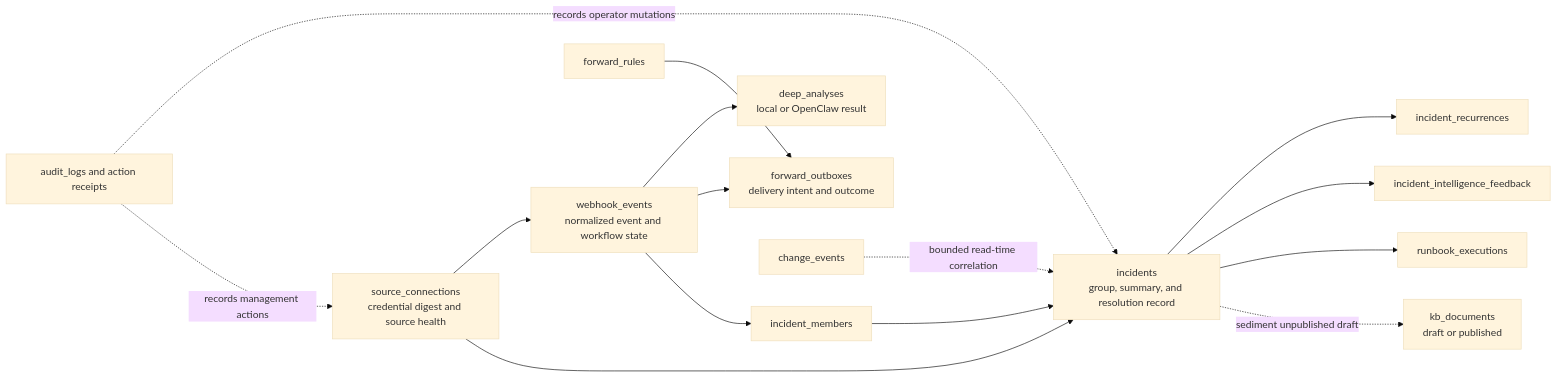
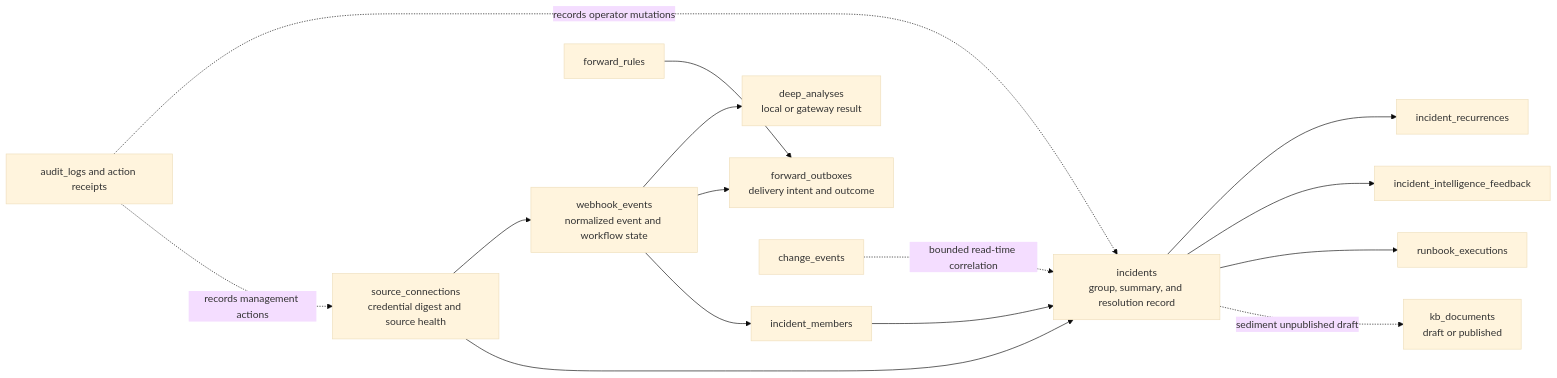
The fourth of 6 diagrams in docs/architecture/system-overview.md (itswl/WebhookWise), drawn with Mermaid (base theme) before and after one commit. The commit also changed other lines of this file and 87 other files, not shown here.

````diff
--- a/docs/architecture/system-overview.md
+++ b/docs/architecture/system-overview.md
@@ -147,31 +147,31 @@
 ```mermaid
 flowchart LR
     source_connections["source_connections<br/>credential digest and source health"]
     webhook_events["webhook_events<br/>normalized event and workflow state"]
-    deep_analyses["deep_analyses<br/>local or OpenClaw result"]
+    deep_analyses["deep_analyses<br/>local or gateway result"]
     forward_rules["forward_rules"]
     outboxes["forward_outboxes<br/>delivery intent and outcome"]
     incident_members["incident_members"]
     incidents["incidents<br/>group, summary, and resolution record"]
     recurrences["incident_recurrences"]
     feedback["incident_intelligence_feedback"]
     executions["runbook_executions"]
     changes["change_events"]
     kb["kb_documents<br/>draft or published"]
     audit["audit_logs and action receipts"]
 
     source_connections --> webhook_events
     source_connections --> incidents
     webhook_events --> deep_analyses
     webhook_events --> outboxes
     forward_rules --> outboxes
     webhook_events --> incident_members
     incident_members --> incidents
     incidents --> recurrences
     incidents --> feedback
     incidents --> executions
     changes -.->|"bounded read-time correlation"| incidents
     incidents -.->|"sediment unpublished draft"| kb
     audit -.->|"records operator mutations"| incidents
     audit -.->|"records management actions"| source_connections
 ```
````
